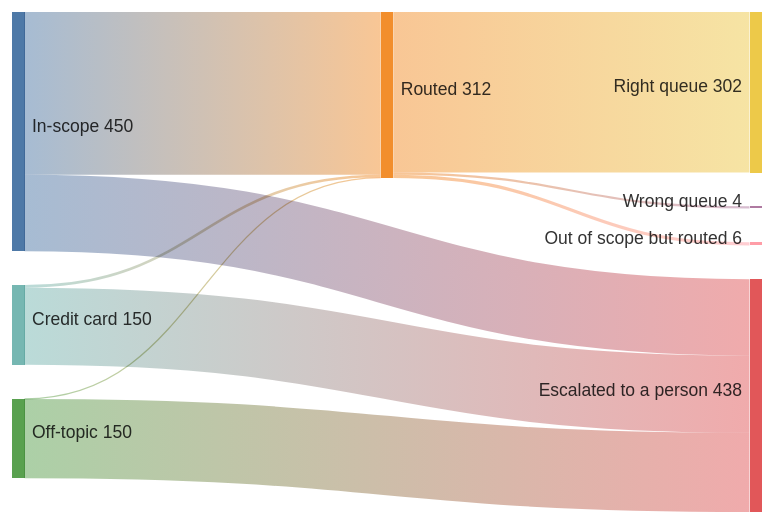
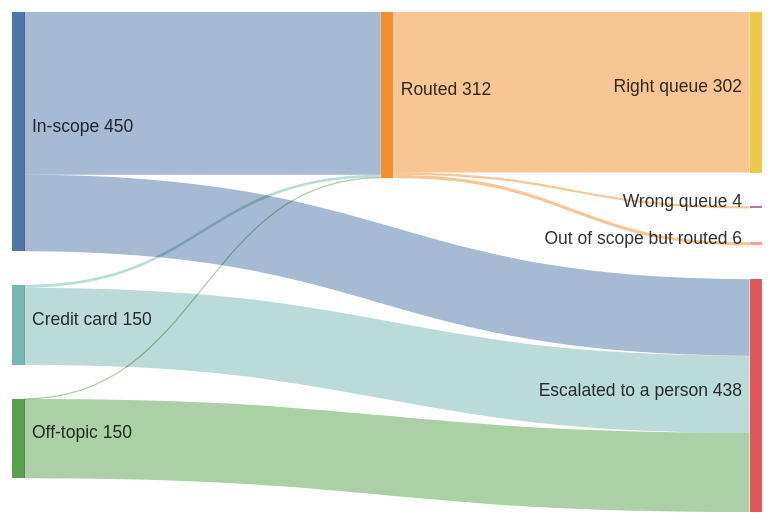
One commit to donbr/transformersjs-examples changed the first of 3 diagrams in docs/decide.md. Above: the diagram before and after it, drawn with Mermaid. The commit also changed other lines of this file, not shown here.

First line of the commit message:
Keep Sankey links visible in GitHub dark mode; note red/orange overlap

````diff
--- a/docs/decide.md
+++ b/docs/decide.md
@@ -73,12 +73,13 @@
 ```mermaid
+%%{init: {"sankey": {"linkColor": "source"}, "themeCSS": ".link { mix-blend-mode: normal !important; stroke-opacity: 0.5 !important; }"}}%%
 sankey-beta
 In-scope,Routed,306
 In-scope,Escalated to a person,144
 Credit card,Routed,5
 Credit card,Escalated to a person,145
 Off-topic,Routed,1
 Off-topic,Escalated to a person,149
 Routed,Right queue,302
 Routed,Wrong queue,4
 Routed,Out of scope but routed,6
 ```
````
